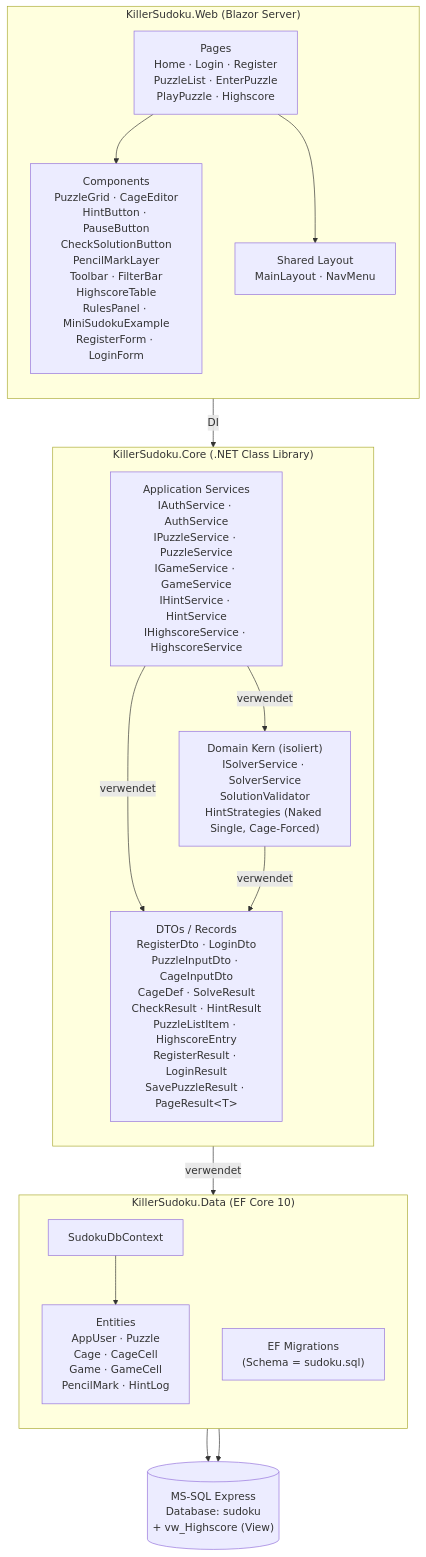
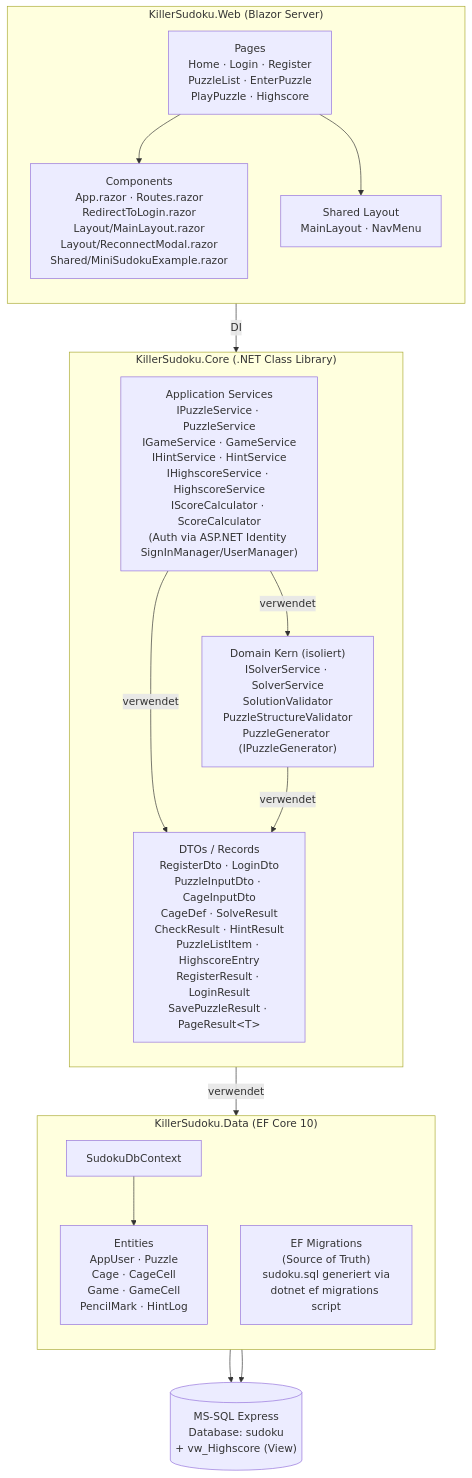
One commit to Tim-Fischer-zh/skillsbattle changed the diagram in docs/arc42_pdf/05-building-blocks.md. Above: the diagram before and after it, drawn with Mermaid. The commit also changed other lines of this file and 19 other files, not shown here.

````diff
--- a/docs/arc42_pdf/05-building-blocks.md
+++ b/docs/arc42_pdf/05-building-blocks.md
@@ -14,36 +14,36 @@
 ```mermaid
 flowchart TB
  subgraph Web["KillerSudoku.Web (Blazor Server)"]
  direction TB
  Pages["Pages<br/>Home · Login · Register<br/>PuzzleList · EnterPuzzle<br/>PlayPuzzle · Highscore"]
  Layout["Shared Layout<br/>MainLayout · NavMenu"]
- UIComp["Components<br/>PuzzleGrid · CageEditor<br/>HintButton · PauseButton<br/>CheckSolutionButton<br/>PencilMarkLayer<br/>Toolbar · FilterBar<br/>HighscoreTable<br/>RulesPanel · MiniSudokuExample<br/>RegisterForm · LoginForm"]
+ UIComp["Components<br/>App.razor · Routes.razor<br/>RedirectToLogin.razor<br/>Layout/MainLayout.razor<br/>Layout/ReconnectModal.razor<br/>Shared/MiniSudokuExample.razor"]
  end
 
  subgraph Core["KillerSudoku.Core (.NET Class Library)"]
  direction TB
- Services["Application Services<br/>IAuthService · AuthService<br/>IPuzzleService · PuzzleService<br/>IGameService · GameService<br/>IHintService · HintService<br/>IHighscoreService · HighscoreService"]
- Domain["Domain Kern (isoliert)<br/>ISolverService · SolverService<br/>SolutionValidator<br/>HintStrategies (Naked Single, Cage-Forced)"]
+ Services["Application Services<br/>IPuzzleService · PuzzleService<br/>IGameService · GameService<br/>IHintService · HintService<br/>IHighscoreService · HighscoreService<br/>IScoreCalculator · ScoreCalculator<br/>(Auth via ASP.NET Identity SignInManager/UserManager)"]
+ Domain["Domain Kern (isoliert)<br/>ISolverService · SolverService<br/>SolutionValidator<br/>PuzzleStructureValidator<br/>PuzzleGenerator (IPuzzleGenerator)"]
  Dtos["DTOs / Records<br/>RegisterDto · LoginDto<br/>PuzzleInputDto · CageInputDto<br/>CageDef · SolveResult<br/>CheckResult · HintResult<br/>PuzzleListItem · HighscoreEntry<br/>RegisterResult · LoginResult<br/>SavePuzzleResult · PageResult&lt;T&gt;"]
  end
 
  subgraph Data["KillerSudoku.Data (EF Core 10)"]
  direction TB
  Ctx["SudokuDbContext"]
  Entities["Entities<br/>AppUser · Puzzle<br/>Cage · CageCell<br/>Game · GameCell<br/>PencilMark · HintLog"]
- Migr["EF Migrations<br/>(Schema = sudoku.sql)"]
+ Migr["EF Migrations<br/>(Source of Truth)<br/>sudoku.sql generiert via<br/>dotnet ef migrations script"]
  end
 
  DB[("MS-SQL Express<br/>Database: sudoku<br/>+ vw_Highscore (View)")]
 
  Pages --> UIComp
  Pages --> Layout
  UIComp -->|"DI"| Services
  Services -->|"verwendet"| Domain
  Services -->|"verwendet"| Dtos
  Services -->|"verwendet"| Ctx
  Domain -->|"verwendet"| Dtos
  Ctx --> Entities
  Migr --> DB
  Ctx --> DB
 ```
````
